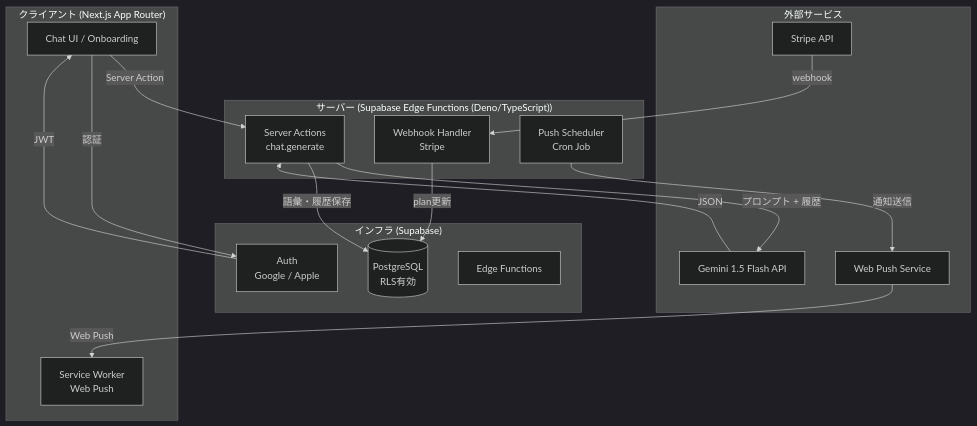
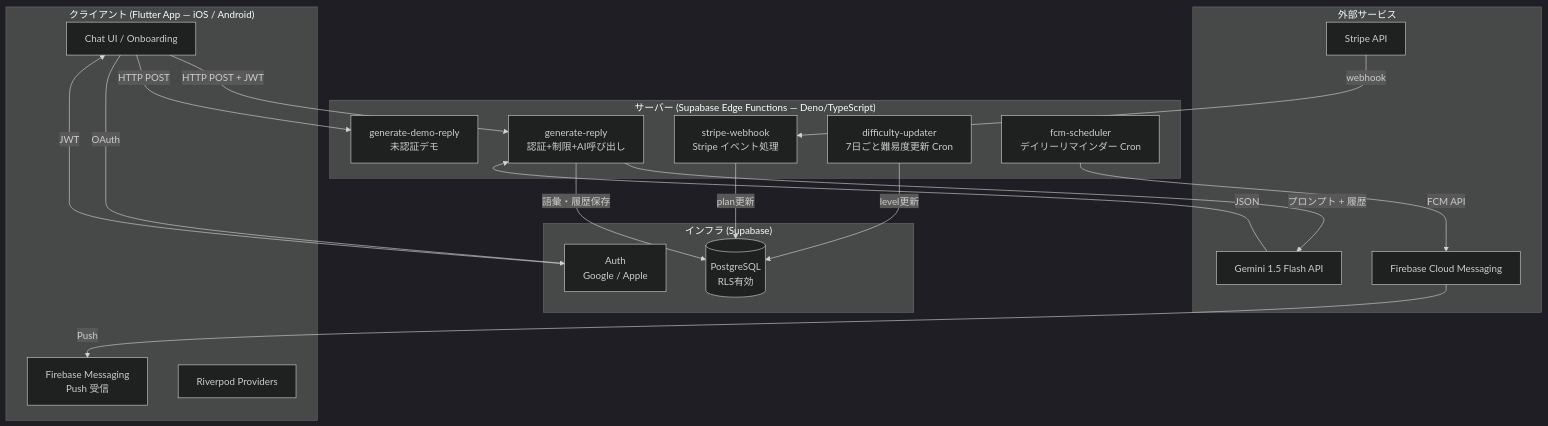
One commit to mine2424/rizzlang changed the first of 4 diagrams in .kiro/specs/rizzlang-mvp/design.md. Above: the diagram before and after it, drawn with Mermaid (dark theme). The commit also changed other lines of this file and 2 other files, not shown here.

First line of the commit message:
docs: kiro spec を Flutter アーキテクチャに全面更新

````diff
--- a/.kiro/specs/rizzlang-mvp/design.md
+++ b/.kiro/specs/rizzlang-mvp/design.md
@@ -29,36 +29,40 @@
 ```mermaid
 graph TB
-    subgraph Client["クライアント (Next.js App Router)"]
+    subgraph Client["クライアント (Flutter App — iOS / Android)"]
         UI[Chat UI / Onboarding]
-        SW[Service Worker\nWeb Push]
+        FCM[Firebase Messaging\nPush 受信]
+        RP[Riverpod Providers]
     end
 
-    subgraph Server["サーバー (Supabase Edge Functions (Deno/TypeScript))"]
-        SA[Server Actions\nchat.generate]
-        WH[Webhook Handler\nStripe]
-        PUSH[Push Scheduler\nCron Job]
+    subgraph Edge["サーバー (Supabase Edge Functions — Deno/TypeScript)"]
+        GR[generate-reply\n認証+制限+AI呼び出し]
+        DR[generate-demo-reply\n未認証デモ]
+        WH[stripe-webhook\nStripe イベント処理]
+        CRON[difficulty-updater\n7日ごと難易度更新 Cron]
+        PUSH[fcm-scheduler\nデイリーリマインダー Cron]
     end
 
     subgraph External["外部サービス"]
         GEMINI[Gemini 1.5 Flash API]
         STRIPE[Stripe API]
-        PUSH_SVC[Web Push Service]
+        FCM_SVC[Firebase Cloud Messaging]
     end
 
     subgraph Infra["インフラ (Supabase)"]
         AUTH[Auth\nGoogle / Apple]
         DB[(PostgreSQL\nRLS有効)]
-        EDGE[Edge Functions]
     end
 
-    UI -->|Server Action| SA
-    SA -->|プロンプト + 履歴| GEMINI
-    GEMINI -->|JSON| SA
-    SA -->|語彙・履歴保存| DB
+    UI -->|HTTP POST + JWT| GR
+    UI -->|HTTP POST| DR
+    GR -->|プロンプト + 履歴| GEMINI
+    GEMINI -->|JSON| GR
+    GR -->|語彙・履歴保存| DB
     WH -->|plan更新| DB
     STRIPE -->|webhook| WH
     AUTH -->|JWT| UI
-    UI -->|認証| AUTH
-    PUSH -->|通知送信| PUSH_SVC
-    PUSH_SVC -->|Web Push| SW
+    UI -->|OAuth| AUTH
+    PUSH -->|FCM API| FCM_SVC
+    FCM_SVC -->|Push| FCM
+    CRON -->|level更新| DB
 ```
````
